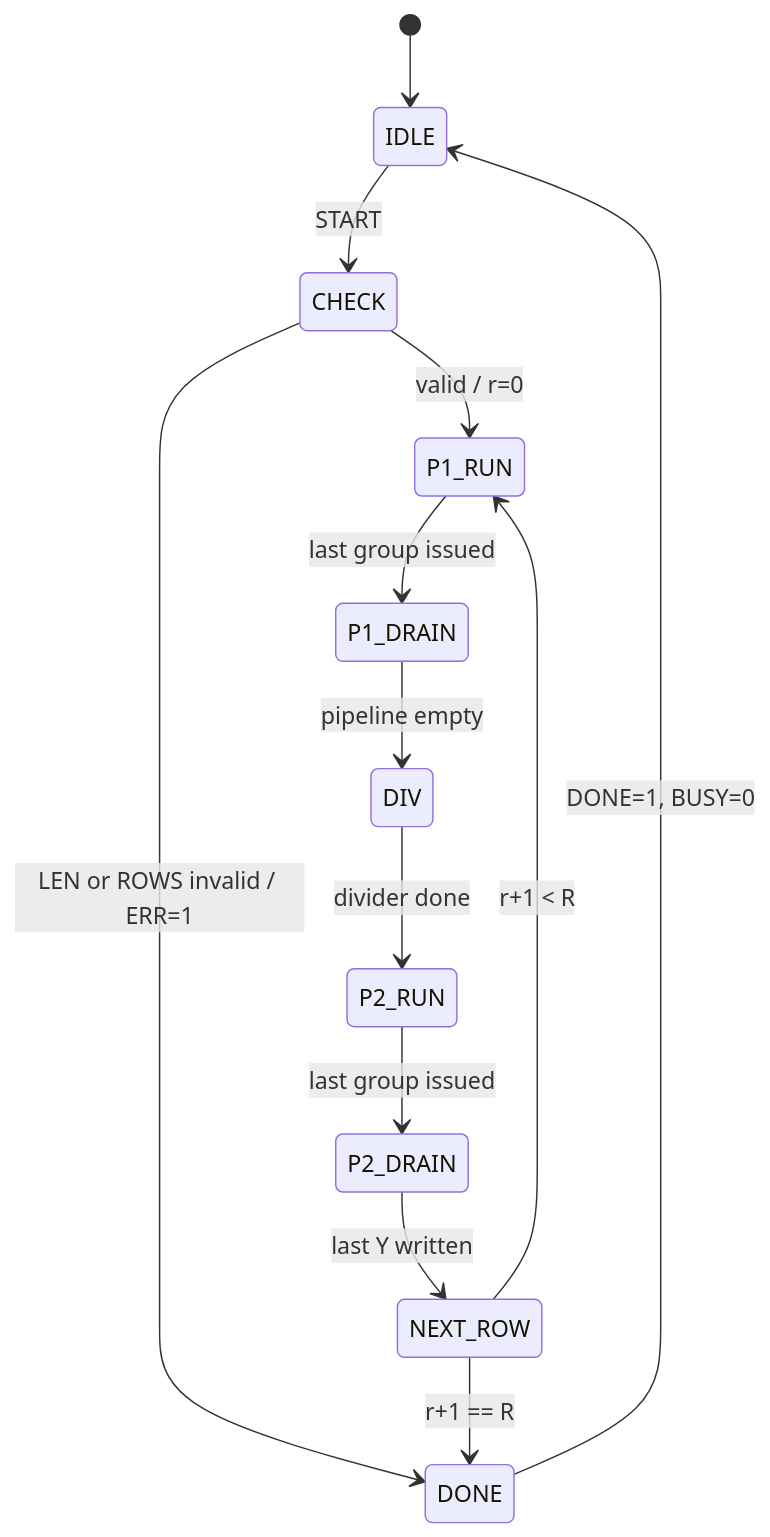
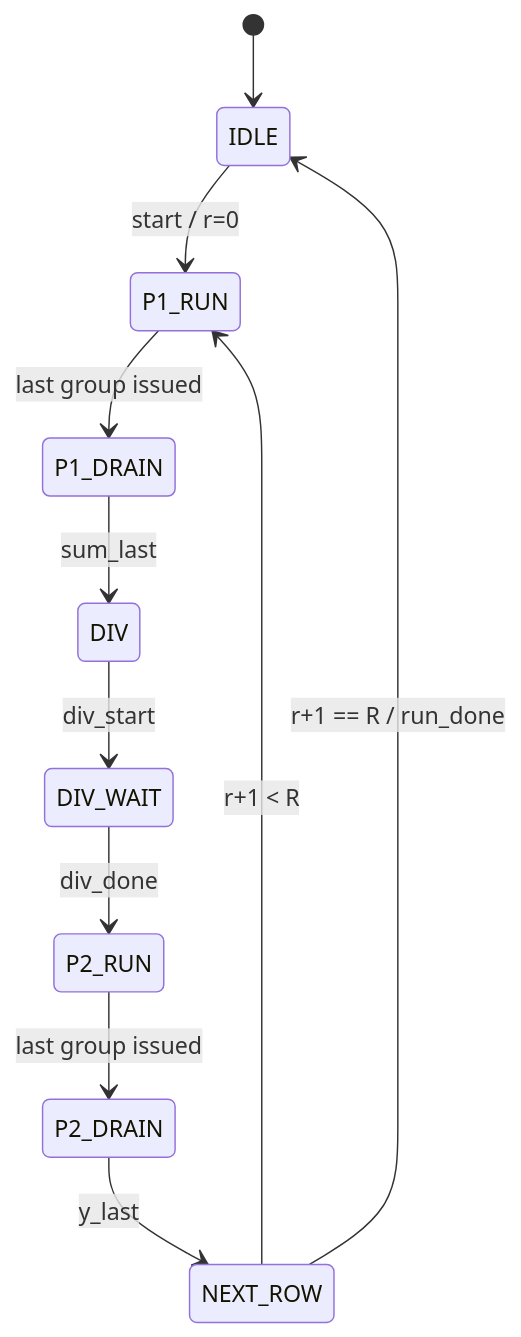
Before and after one commit to ngominhchau24/softmax_proj: the third of 3 diagrams in docs/spec/architecture.md, drawn with Mermaid. The commit also changed other lines of this file and 15 other files, not shown here.

````diff
--- a/docs/spec/architecture.md
+++ b/docs/spec/architecture.md
@@ -59,15 +60,13 @@
 ```mermaid
 stateDiagram-v2
   [*] --> IDLE
-  IDLE --> CHECK: START
-  CHECK --> DONE: LEN or ROWS invalid / ERR=1
-  CHECK --> P1_RUN: valid / r=0
+  IDLE --> P1_RUN: start / r=0
   P1_RUN --> P1_DRAIN: last group issued
-  P1_DRAIN --> DIV: pipeline empty
-  DIV --> P2_RUN: divider done
+  P1_DRAIN --> DIV: sum_last
+  DIV --> DIV_WAIT: div_start
+  DIV_WAIT --> P2_RUN: div_done
   P2_RUN --> P2_DRAIN: last group issued
-  P2_DRAIN --> NEXT_ROW: last Y written
+  P2_DRAIN --> NEXT_ROW: y_last
   NEXT_ROW --> P1_RUN: r+1 < R
-  NEXT_ROW --> DONE: r+1 == R
-  DONE --> IDLE: DONE=1, BUSY=0
+  NEXT_ROW --> IDLE: r+1 == R / run_done
 ```
````
